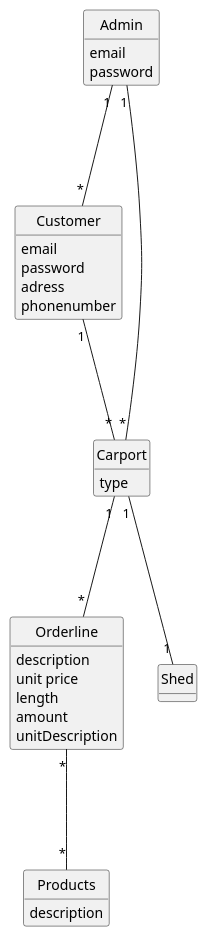
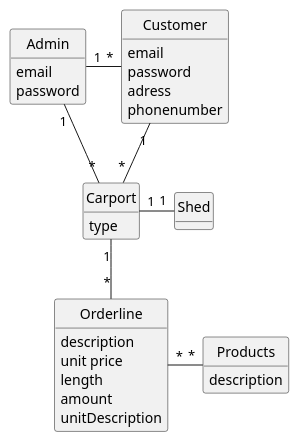
Before and after one commit to thomasfritzboger/JohannesFog2Semester: the diagram in documentation/plantuml/domaindiagramVer2.puml, drawn with PlantUML.

Commit message:
domænemodel v2 mere læsevenlig

```diff
--- a/documentation/plantuml/domaindiagramVer2.puml
+++ b/documentation/plantuml/domaindiagramVer2.puml
@@ -1,46 +1,46 @@
 @startuml
 hide circle
 hide methods
 
 class Customer {
    email
    password
    adress
    phonenumber
 }
 
 class Admin {
     email
     password
 }
 
 class Carport {
     type
 }
 
 class Orderline {
     description
     unit price
     length
     amount
     unitDescription
 
 
 }
 
 class Products {
     description
 }
 
 class Shed {
 }
 
-Customer "1"---"*" Carport
-Admin "1"---"*" Customer
-Admin "1"---"*" Carport
-Carport "1"---"*" Orderline
-Carport "1"---"1"Shed
-Orderline"*"---"*"Products
+Customer "1"-"*" Carport
+Admin "1"-"*" Customer
+Admin "1"--"*" Carport
+Carport "1"--"*" Orderline
+Carport "1"-"1"Shed
+Orderline"*"-"*"Products
 
 
 @enduml
```
